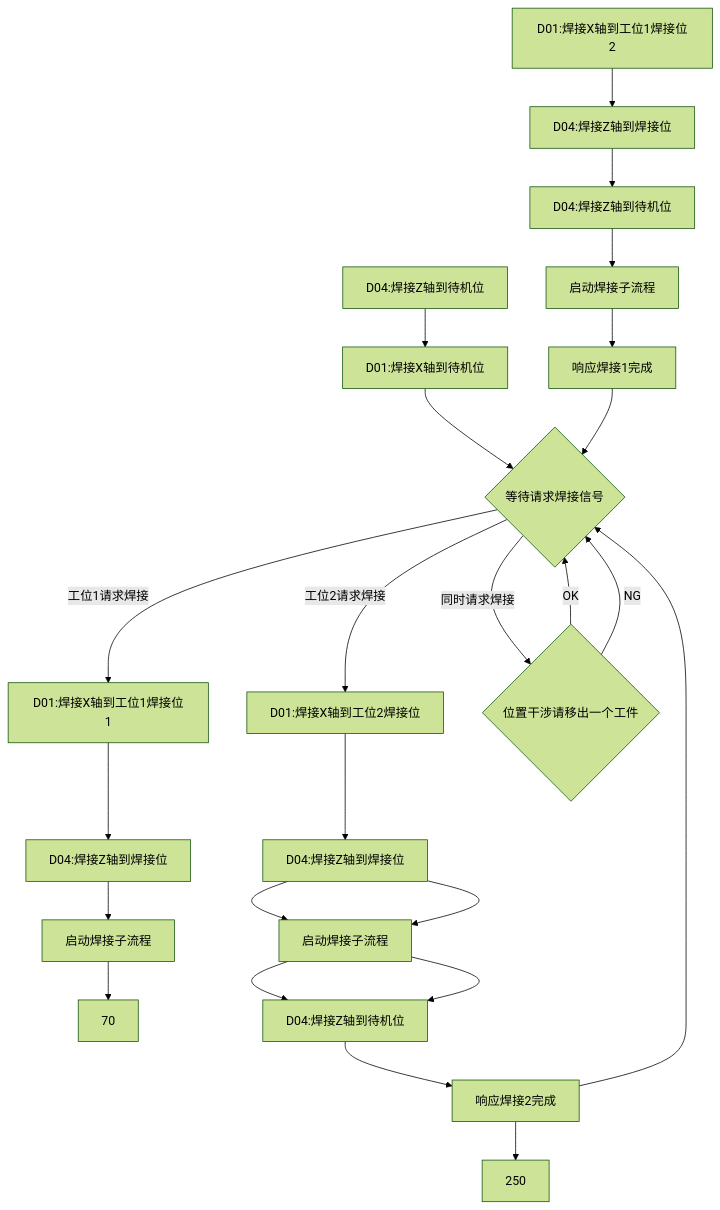
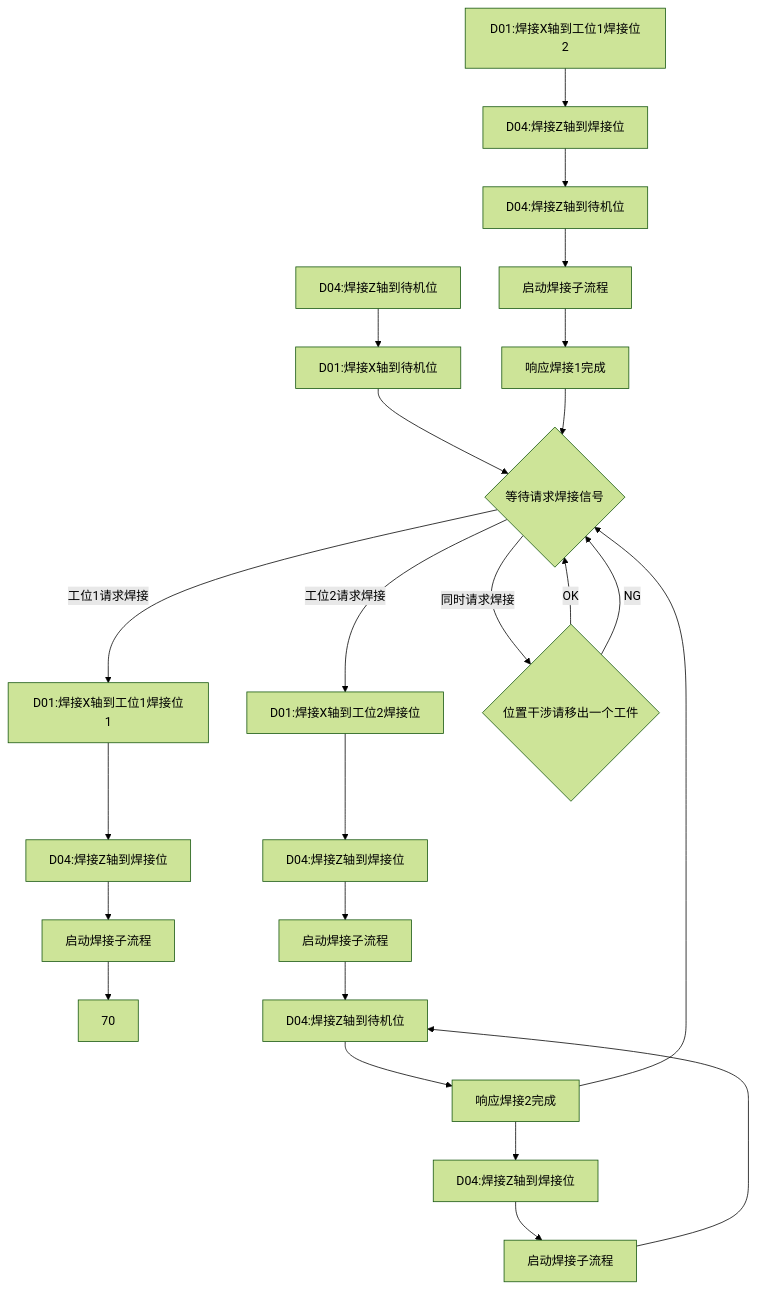
The diagram in all/OP20-1焊接工位自动流程.md (PengKun1/iodraw-files), drawn with Mermaid (forest theme) before and after one commit.

Commit message:
2024-08-07 14:11:34 update

````diff
--- a/all/OP20-1焊接工位自动流程.md
+++ b/all/OP20-1焊接工位自动流程.md
@@ -1,26 +1,26 @@
 ```mermaid
 graph TD
 10[D04:焊接Z轴到待机位]-->20
 20[D01:焊接X轴到待机位]-->30
 30{等待请求焊接信号}-->|工位1请求焊接|40
 30-->|工位2请求焊接|200
 30-->|同时请求焊接|900
 40[D01:焊接X轴到工位1焊接位1]-->50
 50[D04:焊接Z轴到焊接位]-->60
 60[启动焊接子流程]-->70
 80[D01:焊接X轴到工位1焊接位2]-->90
 90[D04:焊接Z轴到焊接位]-->100
 100[D04:焊接Z轴到待机位]-->110
 110[启动焊接子流程]-->120
 120[响应焊接1完成]-->30
 200[D01:焊接X轴到工位2焊接位]-->210
 210[D04:焊接Z轴到焊接位]-->220
 220[启动焊接子流程]-->230
 240[D01:焊接X轴到工位2焊接位]-->250
-210[D04:焊接Z轴到焊接位]-->220
-220[启动焊接子流程]-->230
+250[D04:焊接Z轴到焊接位]-->260
+260[启动焊接子流程]-->230
 230[D04:焊接Z轴到待机位]-->240
 240[响应焊接2完成]-->30
 900{位置干涉请移出一个工件}-->|OK|30
 900-->|NG|30
 ```
````
